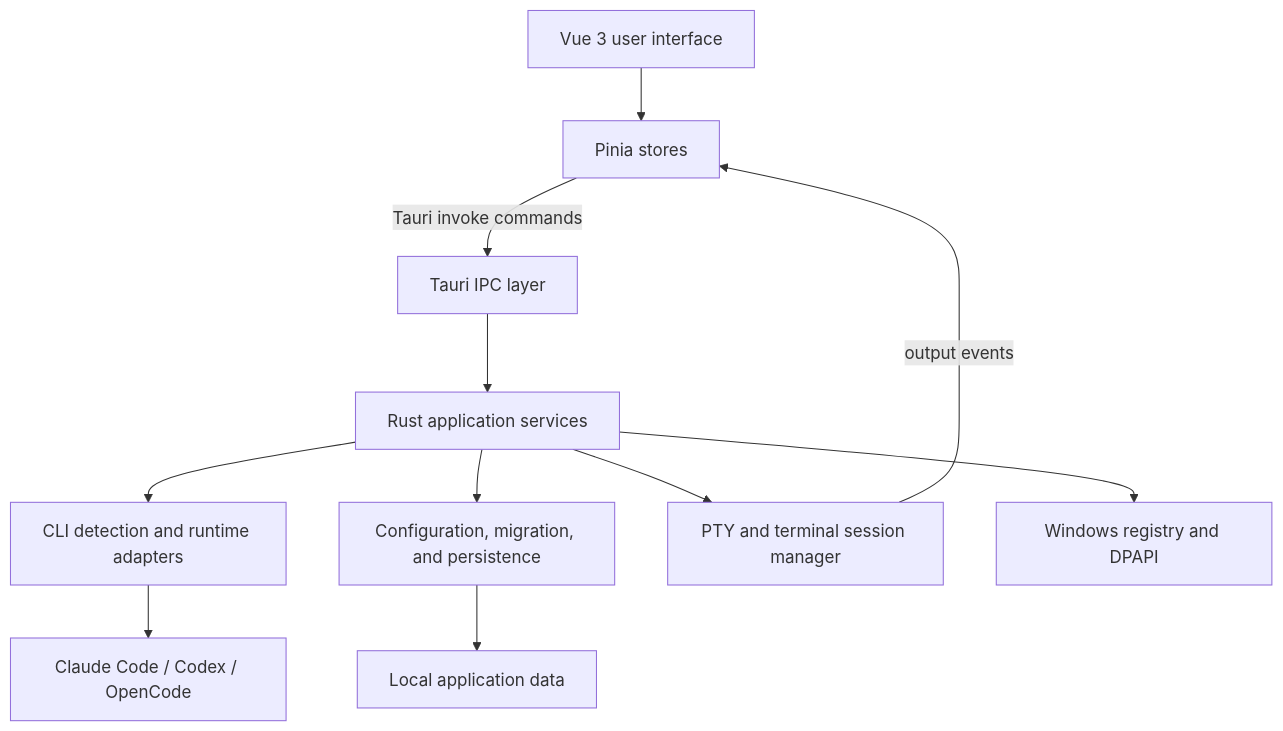
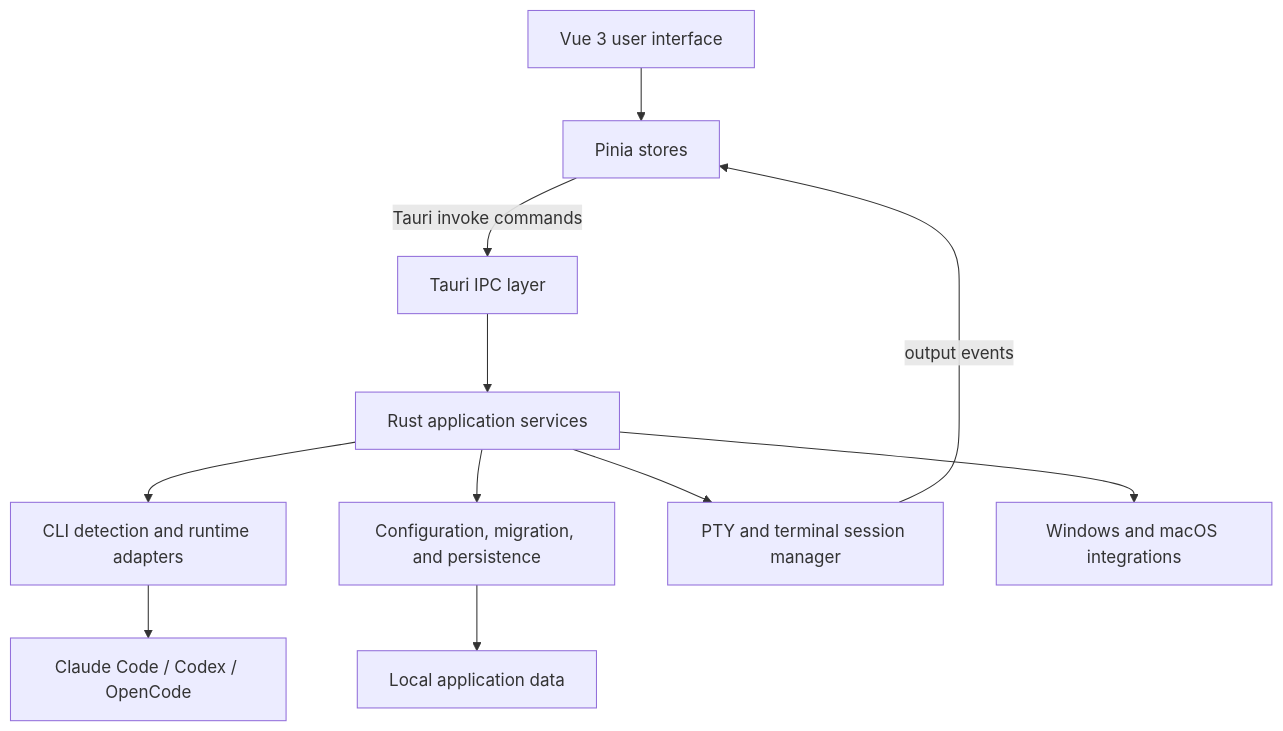
One commit to qiushenx12/cc-launcher changed the diagram in README.md. Above: the diagram before and after it, drawn with Mermaid. The commit also changed other lines of this file and 6 other files, not shown here.

````diff
--- a/README.md
+++ b/README.md
@@ -46,13 +62,13 @@
 ```mermaid
 flowchart TB
     UI["Vue 3 user interface"] --> Stores["Pinia stores"]
     Stores -->|"Tauri invoke commands"| IPC["Tauri IPC layer"]
     IPC --> Services["Rust application services"]
     Services --> Runtime["CLI detection and runtime adapters"]
     Services --> Config["Configuration, migration, and persistence"]
     Services --> PTY["PTY and terminal session manager"]
-    Services --> Windows["Windows registry and DPAPI"]
+    Services --> Platform["Windows and macOS integrations"]
     Runtime --> CLIs["Claude Code / Codex / OpenCode"]
     PTY -->|"output events"| Stores
     Config --> Data["Local application data"]
 ```
````
